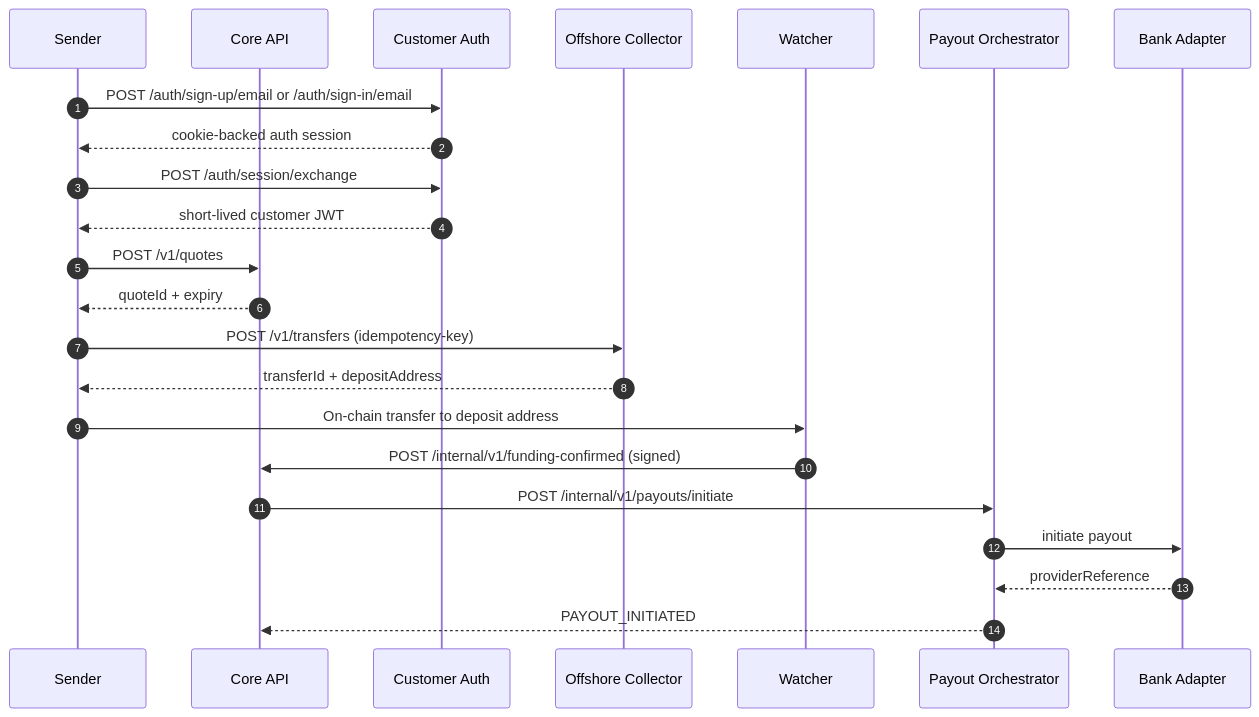
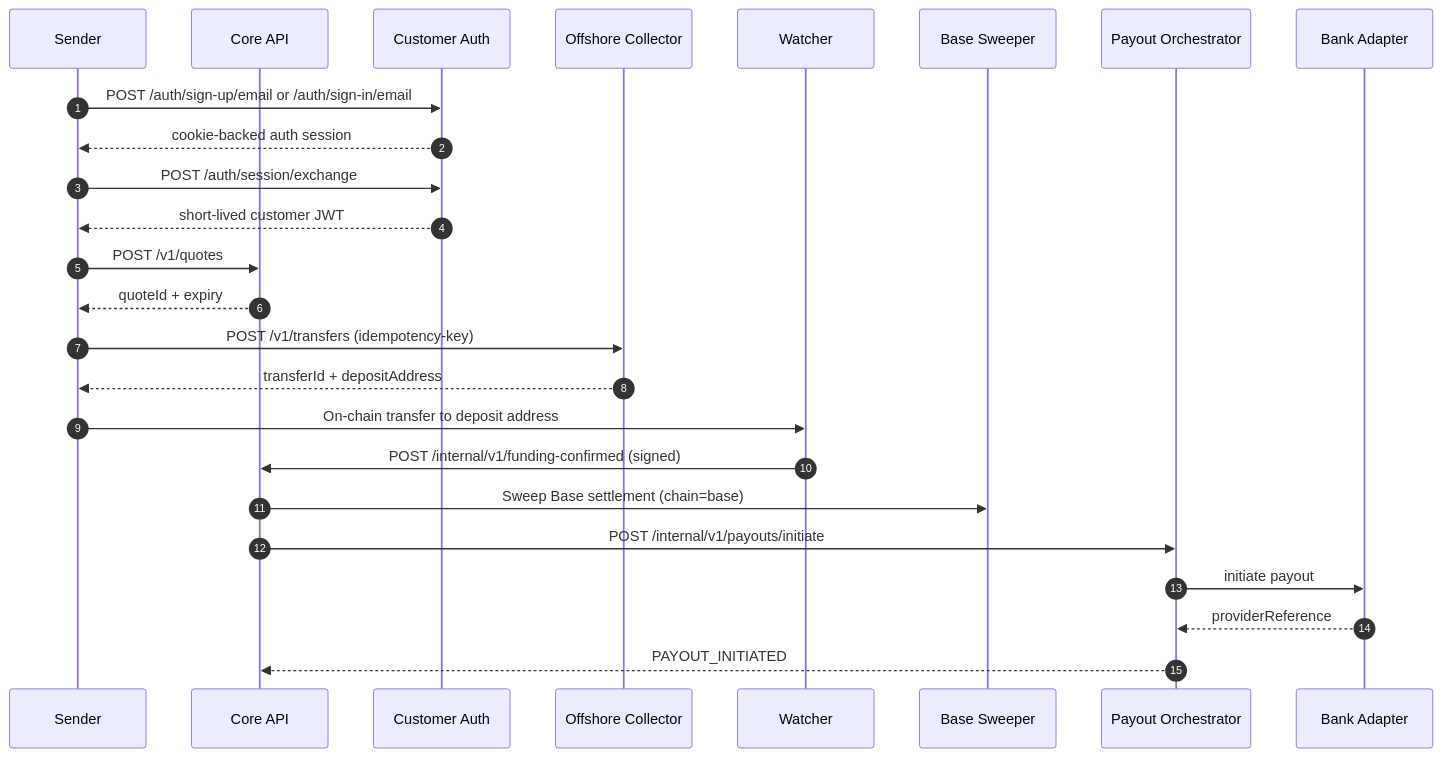
The third of 5 diagrams in system_design.md (ephremdeme/glowing-train), drawn with Mermaid before and after one commit. The commit also changed other lines of this file and 3 other files, not shown here.

Commit message:
docs(ops): add base sweeper runbook and local dev updates

````diff
--- a/system_design.md
+++ b/system_design.md
@@ -62,26 +62,28 @@
 ```mermaid
 sequenceDiagram
     autonumber
     participant U as Sender
     participant C as Core API
     participant A as Customer Auth
     participant O as Offshore Collector
     participant W as Watcher
+    participant S as Base Sweeper
     participant P as Payout Orchestrator
     participant B as Bank Adapter
 
     U->>A: POST /auth/sign-up/email or /auth/sign-in/email
     A-->>U: cookie-backed auth session
     U->>A: POST /auth/session/exchange
     A-->>U: short-lived customer JWT
     U->>C: POST /v1/quotes
     C-->>U: quoteId + expiry
     U->>O: POST /v1/transfers (idempotency-key)
     O-->>U: transferId + depositAddress
     U->>W: On-chain transfer to deposit address
     W->>C: POST /internal/v1/funding-confirmed (signed)
+    C->>S: Sweep Base settlement (chain=base)
     C->>P: POST /internal/v1/payouts/initiate
     P->>B: initiate payout
     B-->>P: providerReference
     P-->>C: PAYOUT_INITIATED
 ```
````
